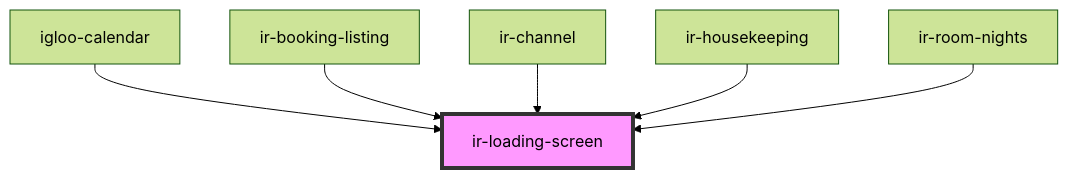
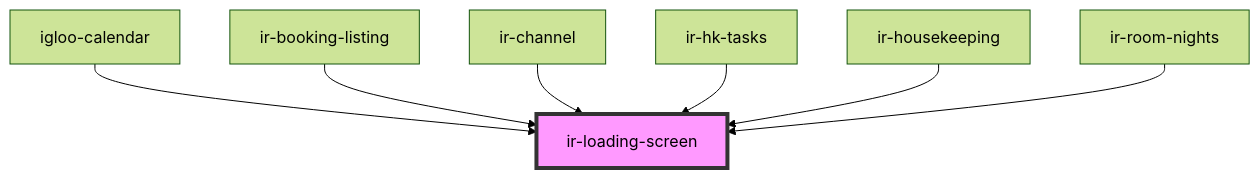
Before and after one commit to David1Chowaifaty/modified-ir-webcmp: the diagram in src/components/ir-loading-screen/readme.md, drawn with Mermaid (forest theme). The commit also changed other lines of this file and 16 other files, not shown here.

````diff
--- a/src/components/ir-loading-screen/readme.md
+++ b/src/components/ir-loading-screen/readme.md
@@ -26,9 +27,10 @@
 ```mermaid
 graph TD;
   igloo-calendar --> ir-loading-screen
   ir-booking-listing --> ir-loading-screen
   ir-channel --> ir-loading-screen
+  ir-hk-tasks --> ir-loading-screen
   ir-housekeeping --> ir-loading-screen
   ir-room-nights --> ir-loading-screen
   style ir-loading-screen fill:#f9f,stroke:#333,stroke-width:4px
 ```
````
